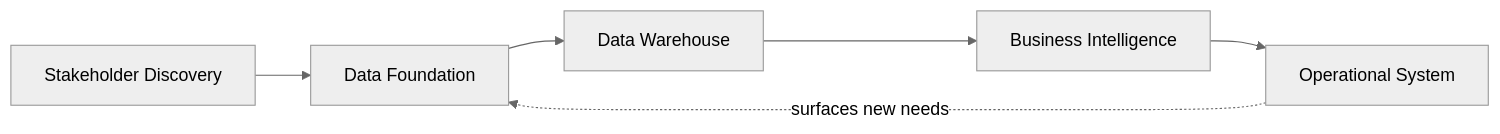
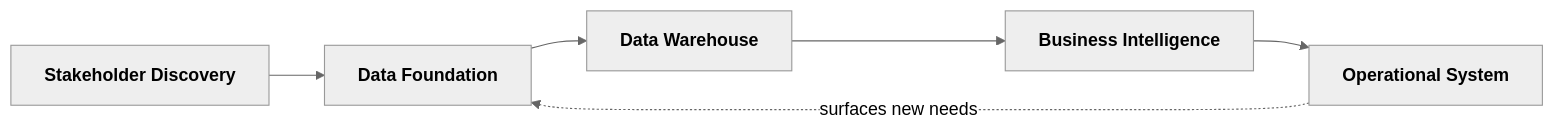
The first of 2 diagrams in README.md (arohit-talari/lakshira-inventory-management-system), drawn with Mermaid (neutral theme) before and after one commit. The commit also changed other lines of this file and 1 other file, not shown here.

First line of the commit message:
Add Data Warehouse pipeline diagram, bold lifecycle diagram, ERD note fixes

````diff
--- a/README.md
+++ b/README.md
@@ -7,8 +7,8 @@
 ```mermaid
 flowchart LR
-    A[Stakeholder Discovery] --> B[Data Foundation]
-    B --> C[Data Warehouse]
-    C --> D[Business Intelligence]
-    D --> E[Operational System]
+    A["`**Stakeholder Discovery**`"] --> B["`**Data Foundation**`"]
+    B --> C["`**Data Warehouse**`"]
+    C --> D["`**Business Intelligence**`"]
+    D --> E["`**Operational System**`"]
     E -.->|surfaces new needs| B
 ```
````
